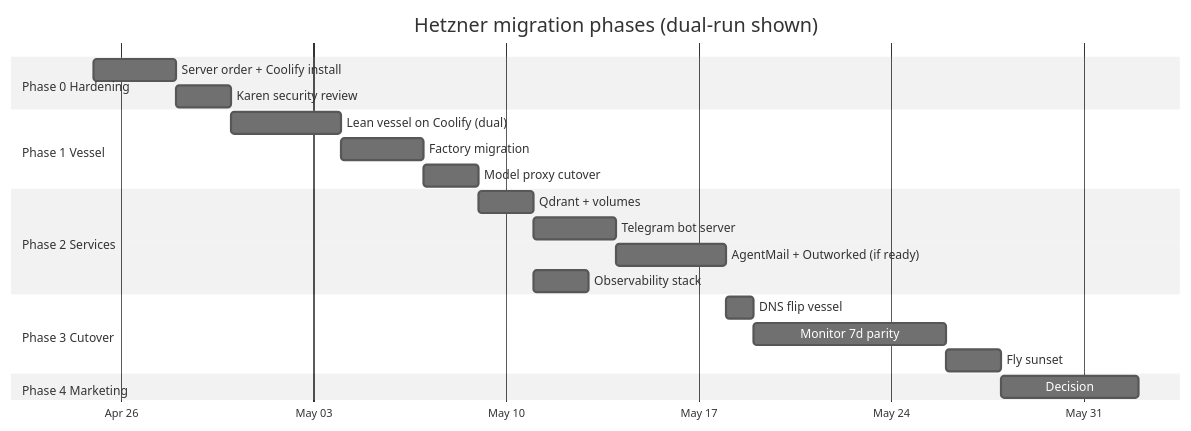
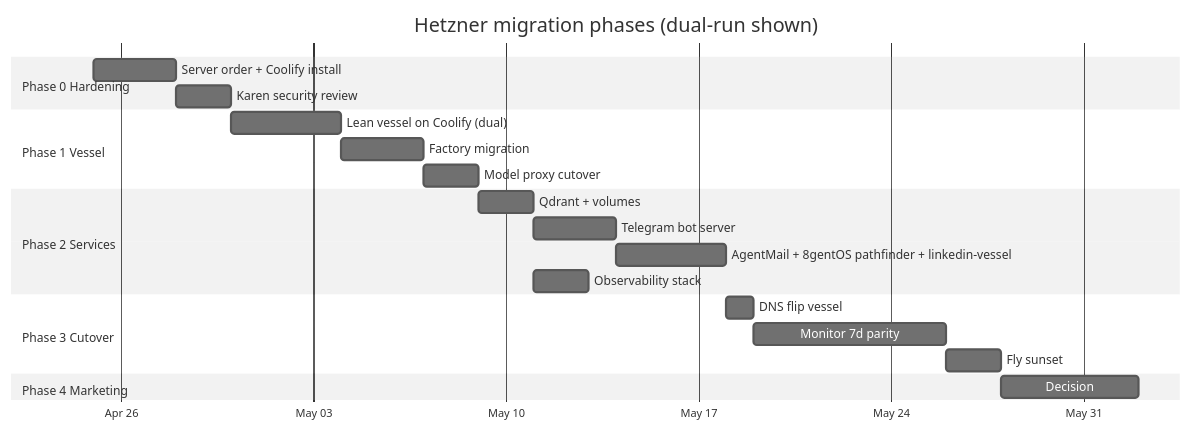
One commit to 8gi-foundation/8gent-code changed the third of 5 diagrams in docs/prd/hetzner-coolify-migration.md. Above: the diagram before and after it, drawn with Mermaid (neutral theme). The commit also changed other lines of this file, not shown here.

First line of the commit message:
docs(prd): Hetzner plan v4 - 8gentOS primary surface, drop Outworked, reclassify linkedin-vessel, user-extensibility scaling

````diff
--- a/docs/prd/hetzner-coolify-migration.md
+++ b/docs/prd/hetzner-coolify-migration.md
@@ -269,29 +318,29 @@
 ```mermaid
 gantt
   title Hetzner migration phases (dual-run shown)
   dateFormat YYYY-MM-DD
   axisFormat %b %d
 
   section Phase 0 Hardening
   Server order + Coolify install   :p0a, 2026-04-25, 3d
   Karen security review            :p0b, after p0a, 2d
 
   section Phase 1 Vessel
   Lean vessel on Coolify (dual)    :p1a, after p0b, 4d
   Factory migration                :p1b, after p1a, 3d
   Model proxy cutover              :p1c, after p1b, 2d
 
   section Phase 2 Services
   Qdrant + volumes                 :p2a, after p1c, 2d
   Telegram bot server              :p2b, after p2a, 3d
-  AgentMail + Outworked (if ready) :p2c, after p2b, 4d
+  AgentMail + 8gentOS pathfinder + linkedin-vessel :p2c, after p2b, 4d
   Observability stack              :p2d, after p2a, 2d
 
   section Phase 3 Cutover
   DNS flip vessel                  :p3a, after p2c, 1d
   Monitor 7d parity                :p3b, after p3a, 7d
   Fly sunset                       :p3c, after p3b, 2d
 
   section Phase 4 Marketing
   Decision: Vercel vs Hetzner      :p4a, after p3c, 5d
 ```
````
